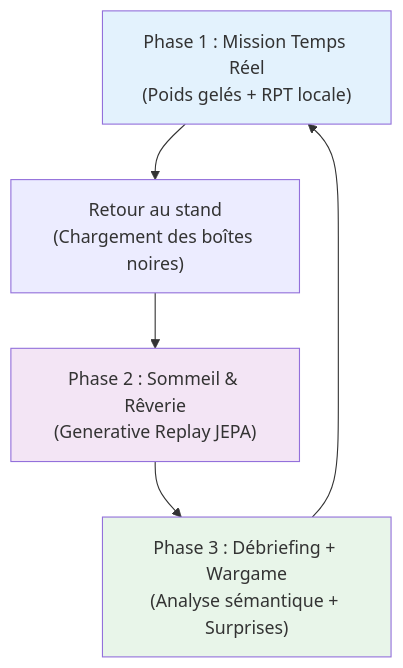
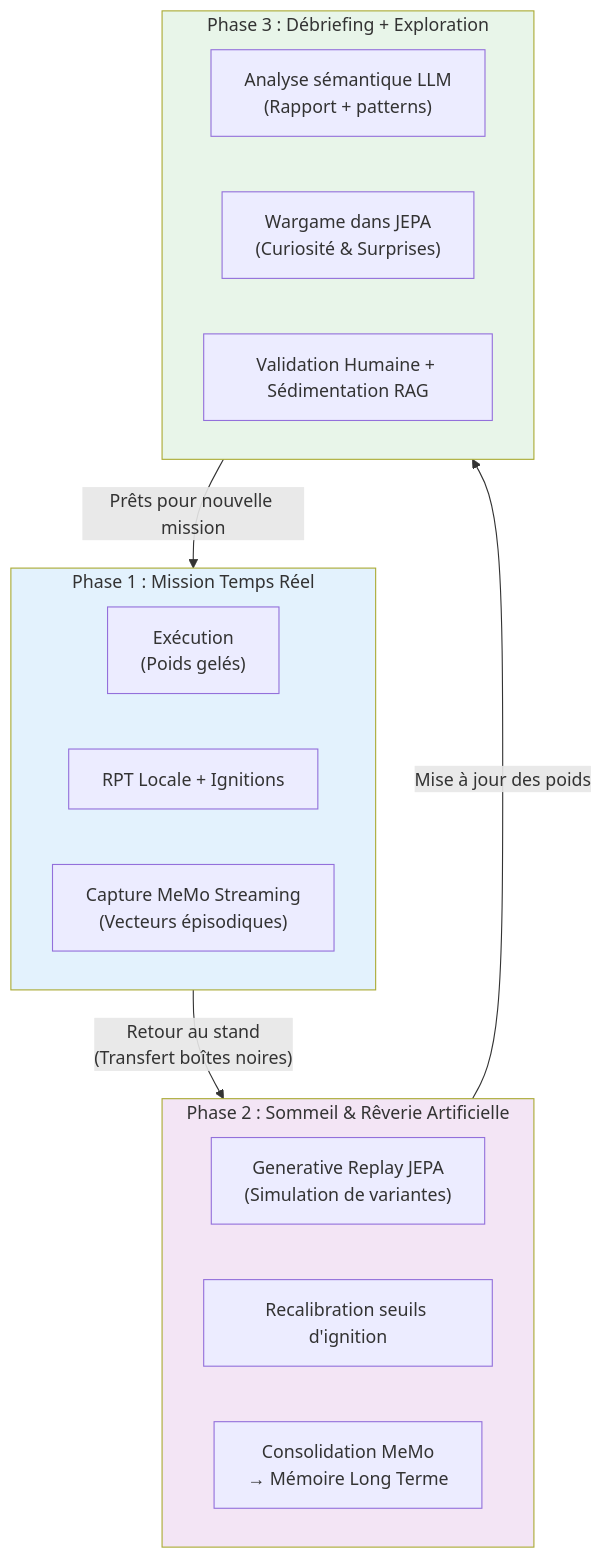
The eighth of 8 diagrams in README.md (AlainCo/GNWT-Garrigue-X), drawn with Mermaid before and after one commit. The commit also changed other lines of this file, not shown here.

Commit message:
Remove note on weight updates in Constitutional Layer
Removed note on the Constitutional Layer regarding weight updates and constraints.

````diff
--- a/README.md
+++ b/README.md
@@ -442,14 +450,33 @@
 ```mermaid
 flowchart TD
-    A["Phase 1 : Mission Temps Réel\n(Poids gelés + RPT locale)"] 
-    --> B["Retour au stand\n(Chargement des boîtes noires)"]
+    subgraph Phase1 ["Phase 1 : Mission Temps Réel"]
+        A["Exécution\n(Poids gelés)"] 
+        B["RPT Locale + Ignitions"] 
+        C["Capture MeMo Streaming\n(Vecteurs épisodiques)"]
+    end
 
-    B --> C["Phase 2 : Sommeil & Rêverie\n(Generative Replay JEPA)"]
-    C --> D["Phase 3 : Débriefing + Wargame\n(Analyse sémantique + Surprises)"]
+    Phase1 -->|"Retour au stand\n(Transfert boîtes noires)"| Phase2
 
-    D --> A
+    subgraph Phase2 ["Phase 2 : Sommeil & Rêverie Artificielle"]
+        D["Generative Replay JEPA\n(Simulation de variantes)"]
+        E["Recalibration seuils d'ignition"]
+        F["Consolidation MeMo\n→ Mémoire Long Terme"]
+    end
 
-    style A fill:#e3f2fd
-    style C fill:#f3e5f5
-    style D fill:#e8f5e9
+    Phase2 -->|"Mise à jour des poids"| Phase3
+
+    subgraph Phase3 ["Phase 3 : Débriefing + Exploration"]
+        G["Analyse sémantique LLM\n(Rapport + patterns)"]
+        H["Wargame dans JEPA\n(Curiosité & Surprises)"]
+        I["Validation Humaine + Sédimentation RAG"]
+    end
+
+    Phase3 -->|"Prêts pour nouvelle mission"| Phase1
+
+    classDef mission fill:#e3f2fd
+    classDef sommeil fill:#f3e5f5
+    classDef debrief fill:#e8f5e9
+    class Phase1 mission
+    class Phase2 sommeil
+    class Phase3 debrief
 ```
````
